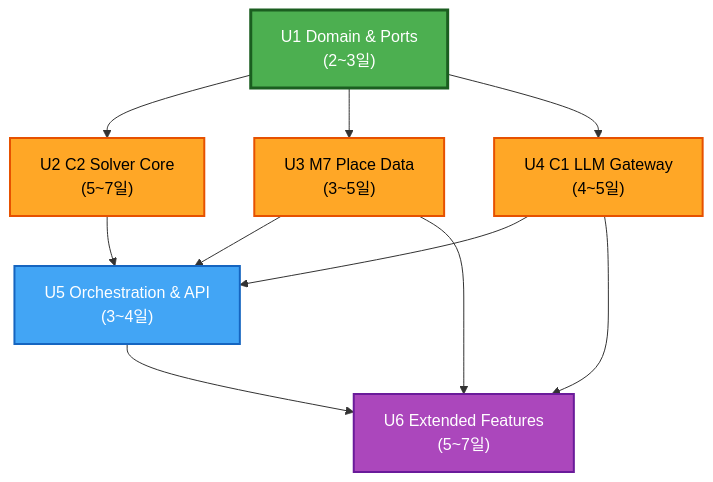
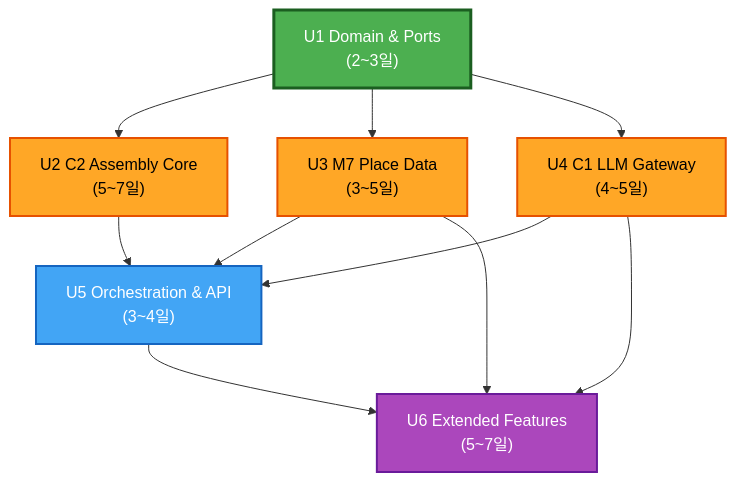
One commit to ASM-TripPilot/trippilot changed the diagram in ai/aidlc-docs/inception/units/unit-of-work-dependency.md. Above: the diagram before and after it, drawn with Mermaid. The commit also changed other lines of this file and 148 other files, not shown here.

````diff
--- a/ai/aidlc-docs/inception/units/unit-of-work-dependency.md
+++ b/ai/aidlc-docs/inception/units/unit-of-work-dependency.md
@@ -9,26 +9,26 @@
 ```mermaid
 flowchart TD
     U1["U1 Domain & Ports\n(2~3일)"]
-    U2["U2 C2 Solver Core\n(5~7일)"]
+    U2["U2 C2 Assembly Core\n(5~7일)"]
     U3["U3 M7 Place Data\n(3~5일)"]
     U4["U4 C1 LLM Gateway\n(4~5일)"]
     U5["U5 Orchestration & API\n(3~4일)"]
     U6["U6 Extended Features\n(5~7일)"]
 
     U1 --> U2
     U1 --> U3
     U1 --> U4
     U2 --> U5
     U3 --> U5
     U4 --> U5
     U3 --> U6
     U4 --> U6
     U5 --> U6
 
     style U1 fill:#4CAF50,stroke:#1B5E20,stroke-width:3px,color:#fff
     style U2 fill:#FFA726,stroke:#E65100,stroke-width:2px,color:#000
     style U3 fill:#FFA726,stroke:#E65100,stroke-width:2px,color:#000
     style U4 fill:#FFA726,stroke:#E65100,stroke-width:2px,color:#000
     style U5 fill:#42A5F5,stroke:#1565C0,stroke-width:2px,color:#fff
     style U6 fill:#AB47BC,stroke:#6A1B9A,stroke-width:2px,color:#fff
 ```
````
